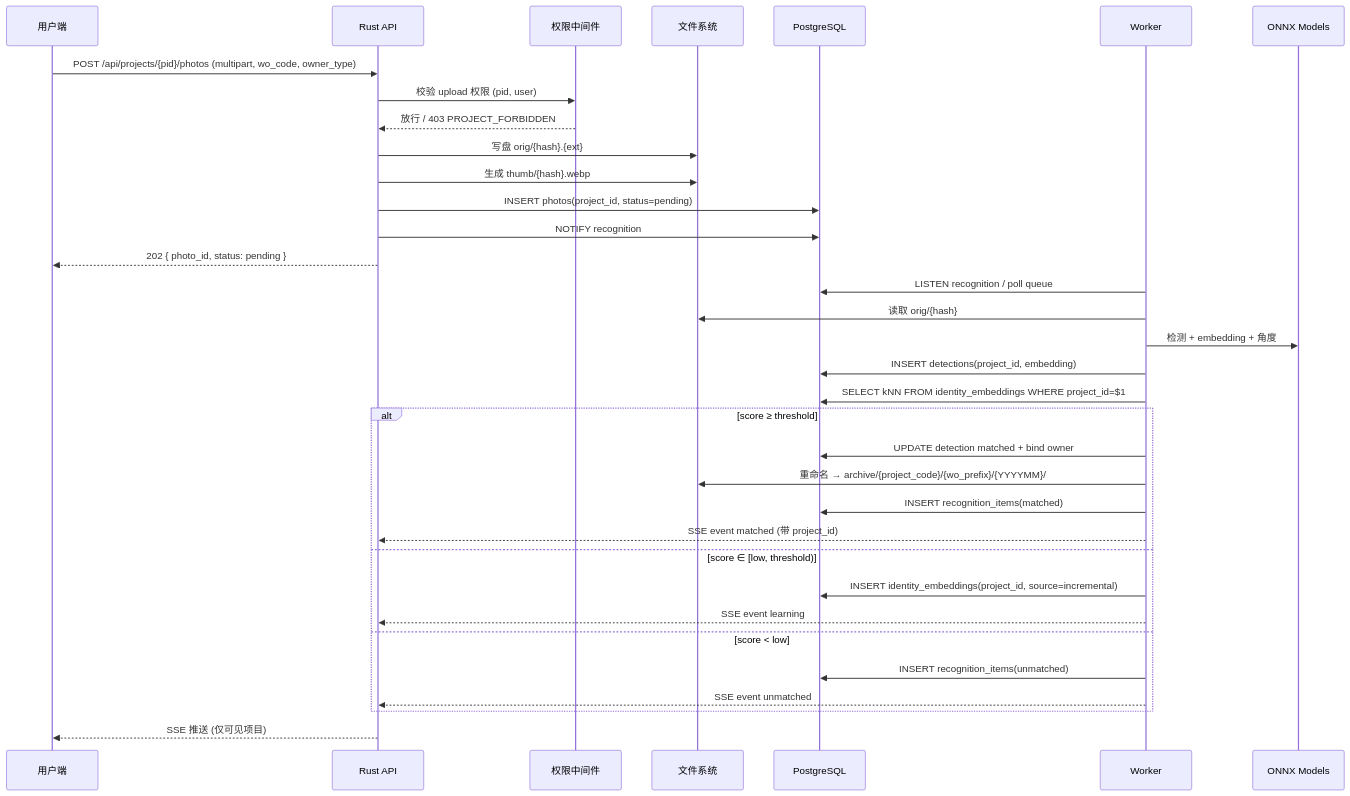
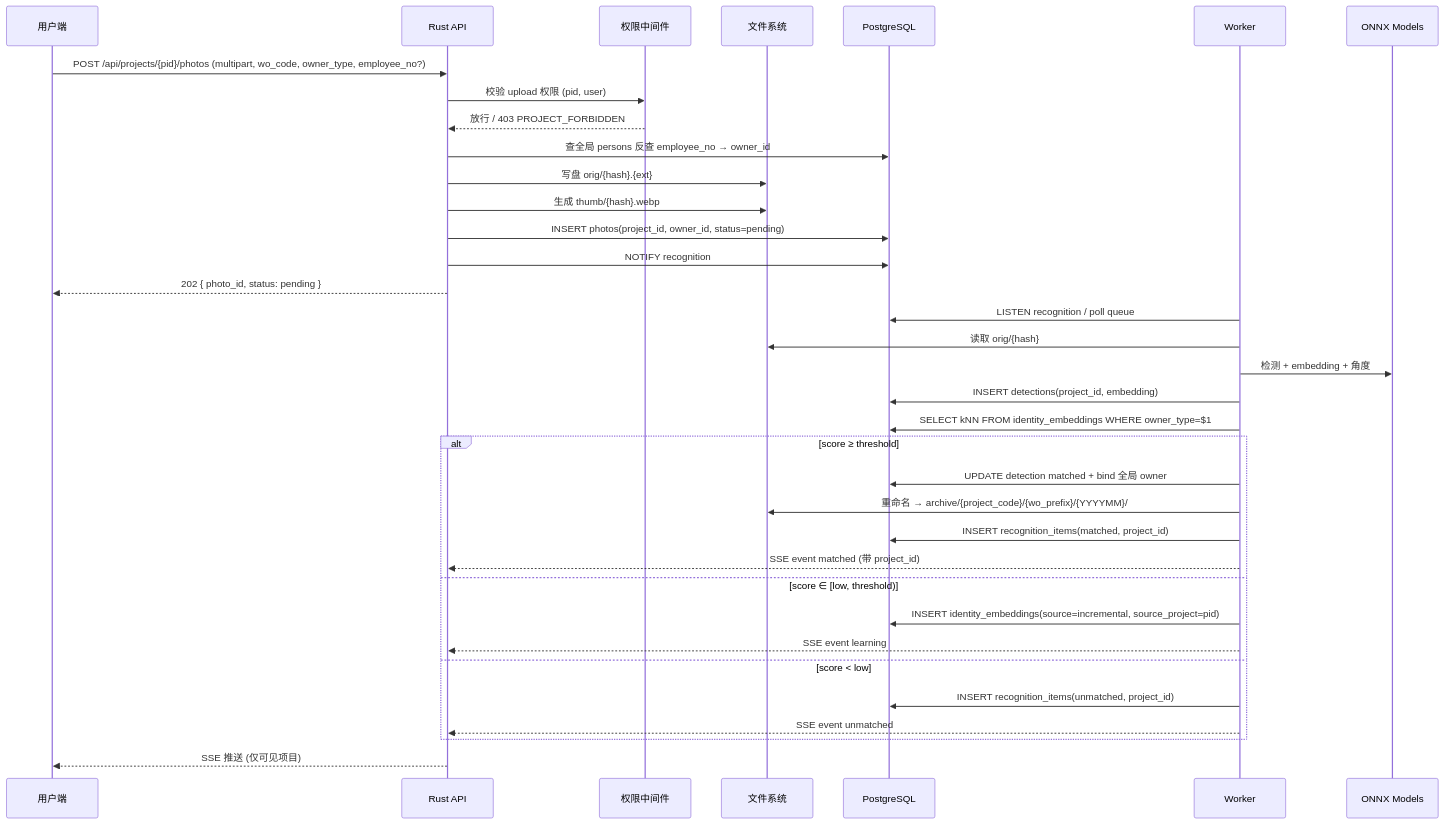
The second of 4 diagrams in docs/architecture.md (KingzZovo/F1-PHOTO), drawn with Mermaid before and after one commit. The commit also changed other lines of this file and 6 other files, not shown here.

First line of the commit message:
refactor(docs): project = access control only; persons/tools/devices + embeddings global

````diff
--- a/docs/architecture.md
+++ b/docs/architecture.md
@@ -76,38 +81,39 @@
 ```mermaid
 sequenceDiagram
     participant U as 用户端
     participant API as Rust API
     participant Perm as 权限中间件
     participant FS as 文件系统
     participant DB as PostgreSQL
     participant W as Worker
     participant ML as ONNX Models
 
-    U->>API: POST /api/projects/{pid}/photos (multipart, wo_code, owner_type)
+    U->>API: POST /api/projects/{pid}/photos (multipart, wo_code, owner_type, employee_no?)
     API->>Perm: 校验 upload 权限 (pid, user)
     Perm-->>API: 放行 / 403 PROJECT_FORBIDDEN
+    API->>DB: 查全局 persons 反查 employee_no → owner_id
     API->>FS: 写盘 orig/{hash}.{ext}
     API->>FS: 生成 thumb/{hash}.webp
-    API->>DB: INSERT photos(project_id, status=pending)
+    API->>DB: INSERT photos(project_id, owner_id, status=pending)
     API->>DB: NOTIFY recognition
     API-->>U: 202 { photo_id, status: pending }
 
     W->>DB: LISTEN recognition / poll queue
     W->>FS: 读取 orig/{hash}
     W->>ML: 检测 + embedding + 角度
     W->>DB: INSERT detections(project_id, embedding)
-    W->>DB: SELECT kNN FROM identity_embeddings WHERE project_id=$1
+    W->>DB: SELECT kNN FROM identity_embeddings WHERE owner_type=$1
     alt score ≥ threshold
-        W->>DB: UPDATE detection matched + bind owner
+        W->>DB: UPDATE detection matched + bind 全局 owner
         W->>FS: 重命名 → archive/{project_code}/{wo_prefix}/{YYYYMM}/
-        W->>DB: INSERT recognition_items(matched)
+        W->>DB: INSERT recognition_items(matched, project_id)
         W-->>API: SSE event matched (带 project_id)
     else score ∈ [low, threshold)
-        W->>DB: INSERT identity_embeddings(project_id, source=incremental)
+        W->>DB: INSERT identity_embeddings(source=incremental, source_project=pid)
         W-->>API: SSE event learning
     else score < low
-        W->>DB: INSERT recognition_items(unmatched)
+        W->>DB: INSERT recognition_items(unmatched, project_id)
         W-->>API: SSE event unmatched
     end
     API-->>U: SSE 推送 (仅可见项目)
 ```
````
